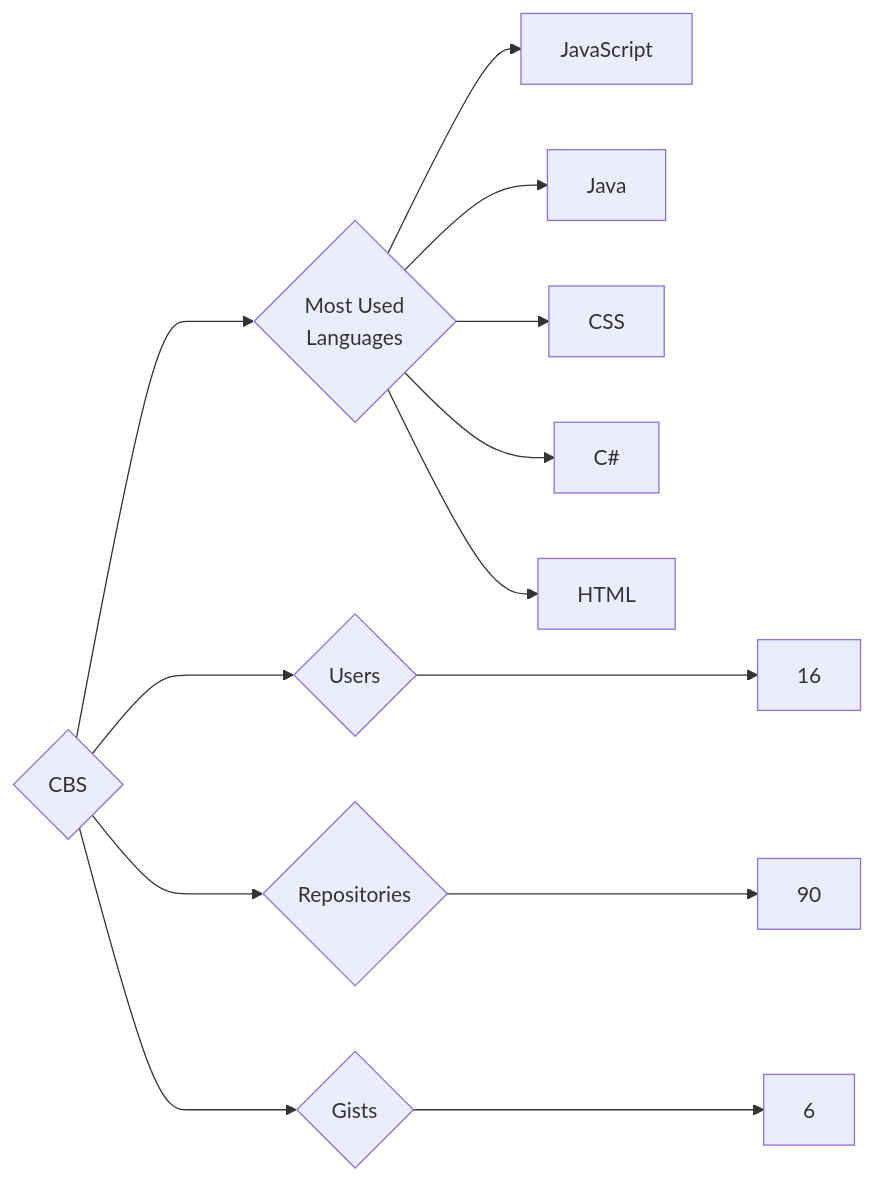
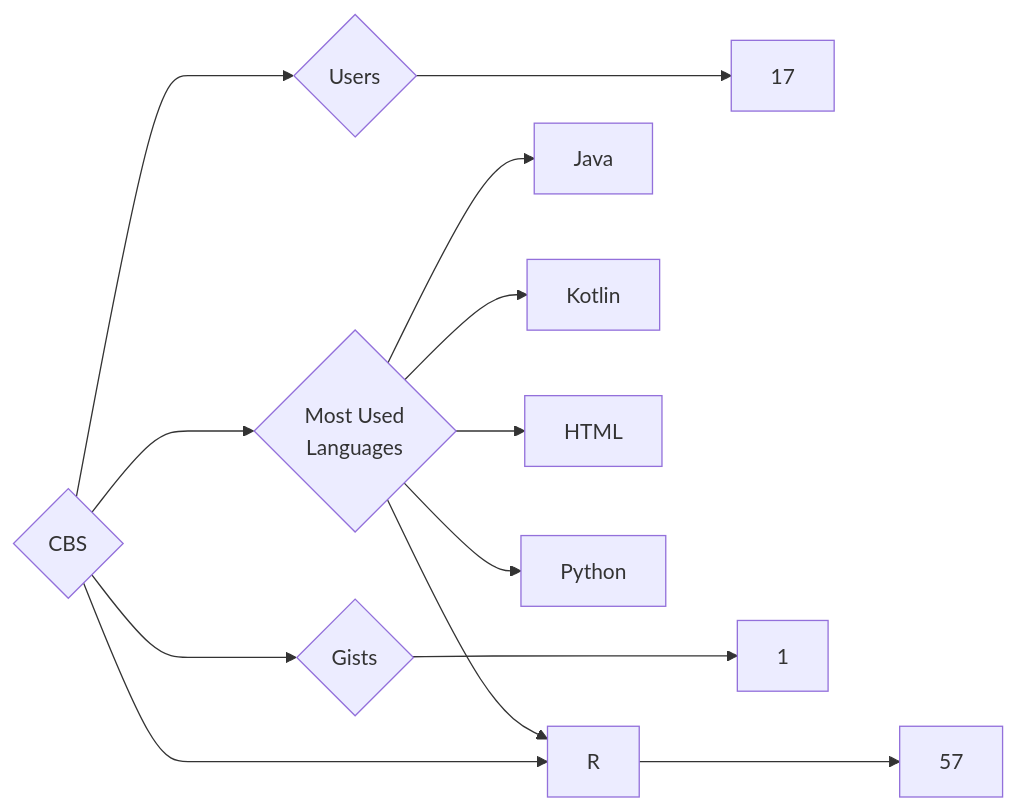
The diagram in targets/CBS/README.md (trickest/insiders), drawn with Mermaid before and after one commit. The commit also changed 951 other files, not shown here.

````diff
--- a/targets/CBS/README.md
+++ b/targets/CBS/README.md
@@ -3,13 +3,13 @@
 ```mermaid
 graph LR
 COMPANY_NAME{CBS}
-COMPANY_NAME ---> U{Users} ---> UN[16]
-COMPANY_NAME ---> R{Repositories} ---> RN[90]
-COMPANY_NAME ---> G{Gists} ---> GN[6]
+COMPANY_NAME ---> U{Users} ---> UN[17]
+COMPANY_NAME ---> R{Repositories} ---> RN[57]
+COMPANY_NAME ---> G{Gists} ---> GN[1]
 COMPANY_NAME ---> ML{Most Used<br>Languages}
-ML --> JavaScript[JavaScript]
 ML --> Java[Java]
-ML --> CSS[CSS]
-ML --> C#[C#]
+ML --> Kotlin[Kotlin]
 ML --> HTML[HTML]
+ML --> R[R]
+ML --> Python[Python]
 ```
````
